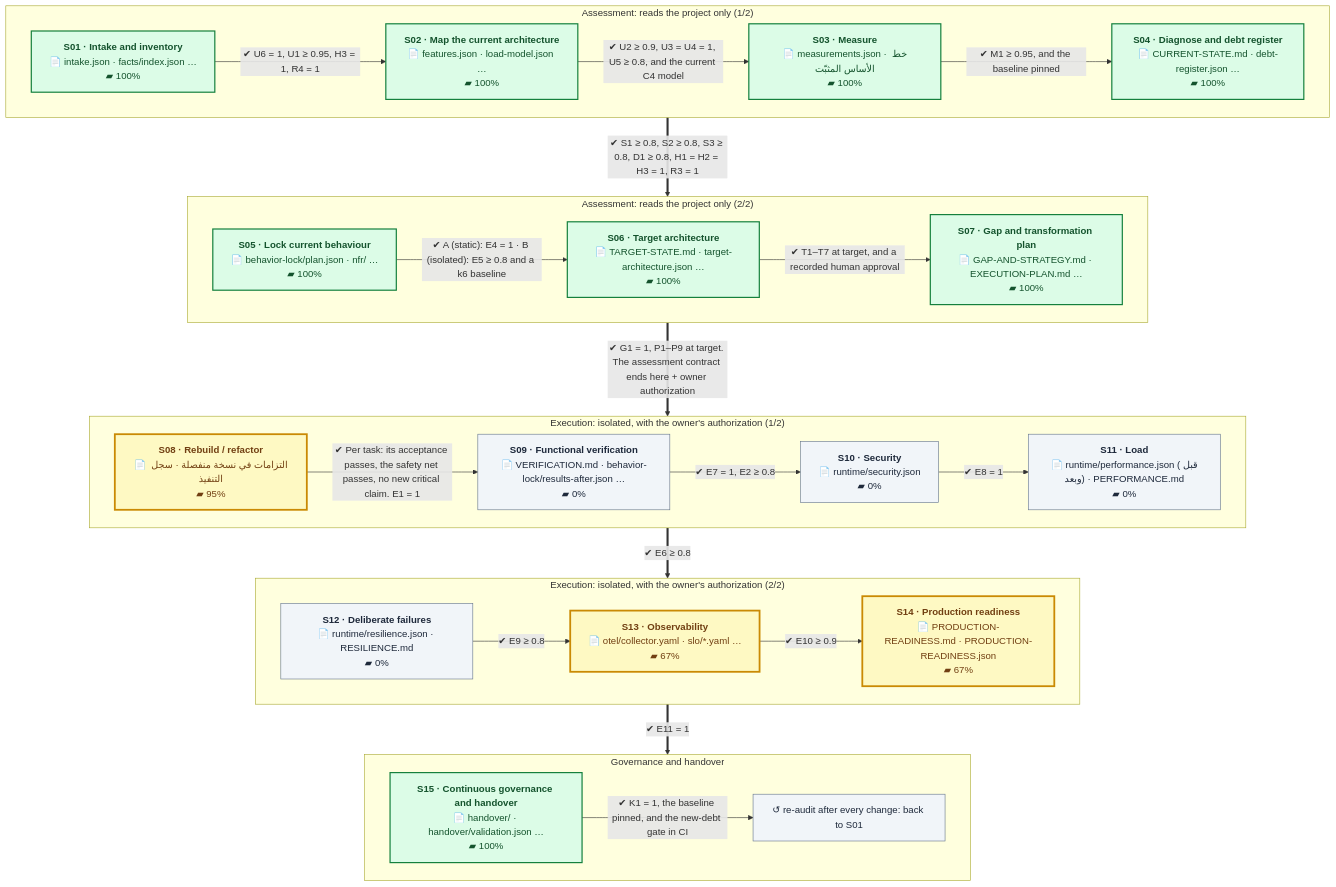
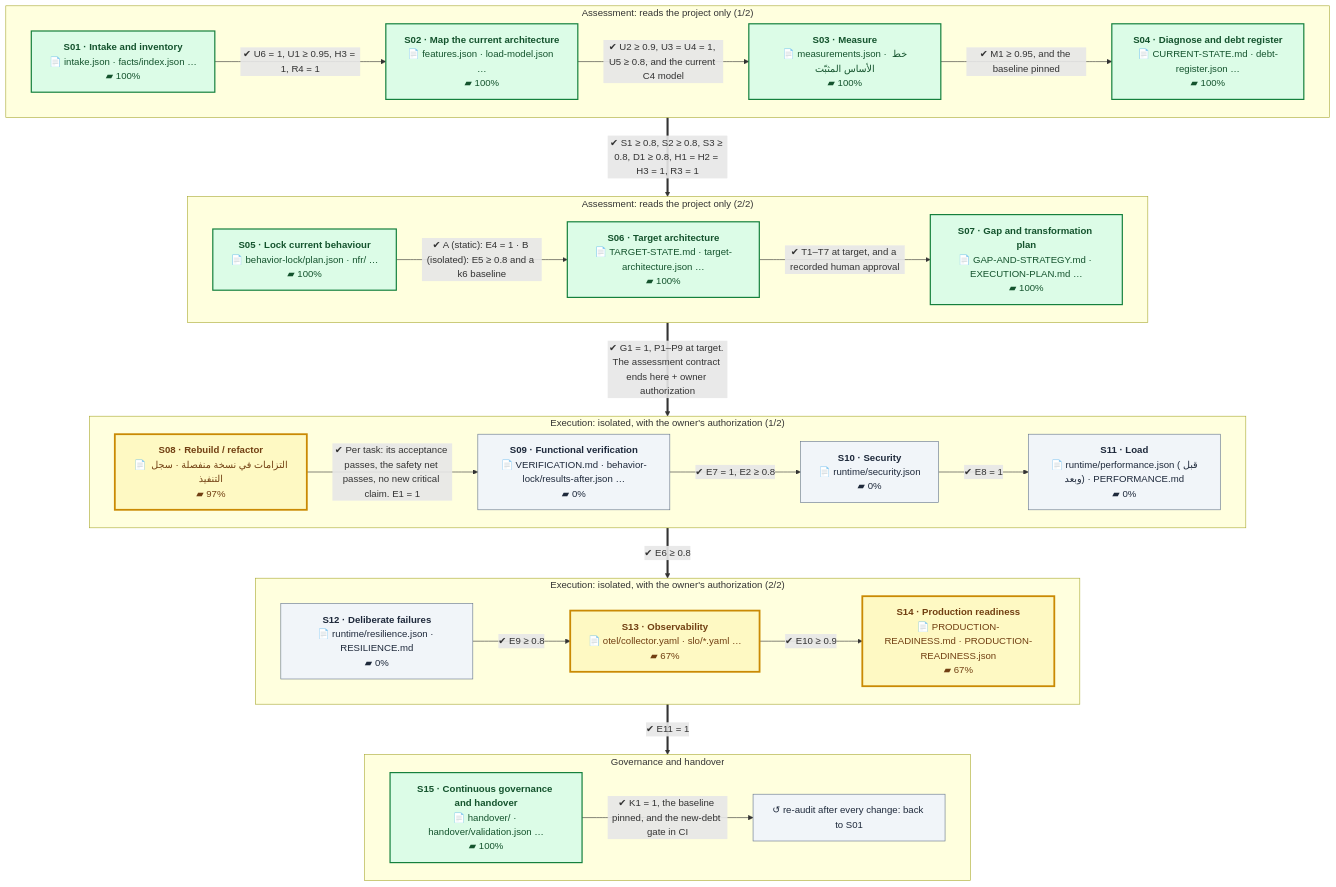
The first of 2 diagrams in README.en.md (eom1417/engineering-audit-os), drawn with Mermaid before and after one commit. The commit also changed other lines of this file and 6 other files, not shown here.

````diff
--- a/README.en.md
+++ b/README.en.md
@@ -52,54 +52,54 @@
 ```mermaid
 %%{init: {'flowchart': {'wrappingWidth': 260, 'nodeSpacing': 40, 'rankSpacing': 60}}}%%
 flowchart TB
     subgraph P1["Assessment: reads the project only (1/2)"]
         direction LR
         S01["<b>S01 · Intake and inventory</b><br/>📄 intake.json · facts/index.json …<br/>▰ 100%"]:::done
         S02["<b>S02 · Map the current architecture</b><br/>📄 features.json · load-model.json …<br/>▰ 100%"]:::done
         S03["<b>S03 · Measure</b><br/>📄 measurements.json · خط الأساس المثبّت<br/>▰ 100%"]:::done
         S04["<b>S04 · Diagnose and debt register</b><br/>📄 CURRENT-STATE.md · debt-register.json …<br/>▰ 100%"]:::done
         S01 -->|"✔ U6 = 1, U1 ≥ 0.95, H3 = 1, R4 = 1"| S02
         S02 -->|"✔ U2 ≥ 0.9, U3 = U4 = 1, U5 ≥ 0.8, and the current C4 model"| S03
         S03 -->|"✔ M1 ≥ 0.95, and the baseline pinned"| S04
     end
     subgraph P2["Assessment: reads the project only (2/2)"]
         direction LR
         S05["<b>S05 · Lock current behaviour</b><br/>📄 behavior-lock/plan.json · nfr/ …<br/>▰ 100%"]:::done
         S06["<b>S06 · Target architecture</b><br/>📄 TARGET-STATE.md · target-architecture.json …<br/>▰ 100%"]:::done
         S07["<b>S07 · Gap and transformation plan</b><br/>📄 GAP-AND-STRATEGY.md · EXECUTION-PLAN.md …<br/>▰ 100%"]:::done
         S05 -->|"✔ A (static): E4 = 1 · B (isolated): E5 ≥ 0.8 and a k6 baseline"| S06
         S06 -->|"✔ T1–T7 at target, and a recorded human approval"| S07
     end
     subgraph P3["Execution: isolated, with the owner's authorization (1/2)"]
         direction LR
-        S08["<b>S08 · Rebuild / refactor</b><br/>📄 التزامات في نسخة منفصلة · سجل التنفيذ<br/>▰ 95%"]:::current
+        S08["<b>S08 · Rebuild / refactor</b><br/>📄 التزامات في نسخة منفصلة · سجل التنفيذ<br/>▰ 97%"]:::current
         S09["<b>S09 · Functional verification</b><br/>📄 VERIFICATION.md · behavior-lock/results-after.json …<br/>▰ 0%"]:::next
         S10["<b>S10 · Security</b><br/>📄 runtime/security.json<br/>▰ 0%"]:::next
         S11["<b>S11 · Load</b><br/>📄 runtime/performance.json (قبل وبعد) · PERFORMANCE.md<br/>▰ 0%"]:::next
         S08 -->|"✔ Per task: its acceptance passes, the safety net passes, no new critical claim. E1 = 1"| S09
         S09 -->|"✔ E7 = 1, E2 ≥ 0.8"| S10
         S10 -->|"✔ E8 = 1"| S11
     end
     subgraph P4["Execution: isolated, with the owner's authorization (2/2)"]
         direction LR
         S12["<b>S12 · Deliberate failures</b><br/>📄 runtime/resilience.json · RESILIENCE.md<br/>▰ 0%"]:::next
         S13["<b>S13 · Observability</b><br/>📄 otel/collector.yaml · slo/*.yaml …<br/>▰ 67%"]:::current
         S14["<b>S14 · Production readiness</b><br/>📄 PRODUCTION-READINESS.md · PRODUCTION-READINESS.json<br/>▰ 67%"]:::current
         S12 -->|"✔ E9 ≥ 0.8"| S13
         S13 -->|"✔ E10 ≥ 0.9"| S14
     end
     subgraph P5["Governance and handover"]
         direction LR
         S15["<b>S15 · Continuous governance and handover</b><br/>📄 handover/ · handover/validation.json …<br/>▰ 100%"]:::done
         LOOP["↺ re-audit after every change: back to S01"]:::next
         S15 -->|"✔ K1 = 1, the baseline pinned, and the new-debt gate in CI"| LOOP
     end
     P1 ==>|"✔ S1 ≥ 0.8, S2 ≥ 0.8, S3 ≥ 0.8, D1 ≥ 0.8, H1 = H2 = H3 = 1, R3 = 1"| P2
     P2 ==>|"✔ G1 = 1, P1–P9 at target. The assessment contract ends here + owner authorization"| P3
     P3 ==>|"✔ E6 ≥ 0.8"| P4
     P4 ==>|"✔ E11 = 1"| P5
     classDef done fill:#dcfce7,stroke:#15803d,color:#14532d,stroke-width:2px
     classDef current fill:#fef9c3,stroke:#ca8a04,color:#713f12,stroke-width:3px
     classDef next fill:#f1f5f9,stroke:#64748b,color:#1e293b
     classDef owner fill:#fee2e2,stroke:#b91c1c,color:#7f1d1d,stroke-dasharray:5 3
 ```
````
